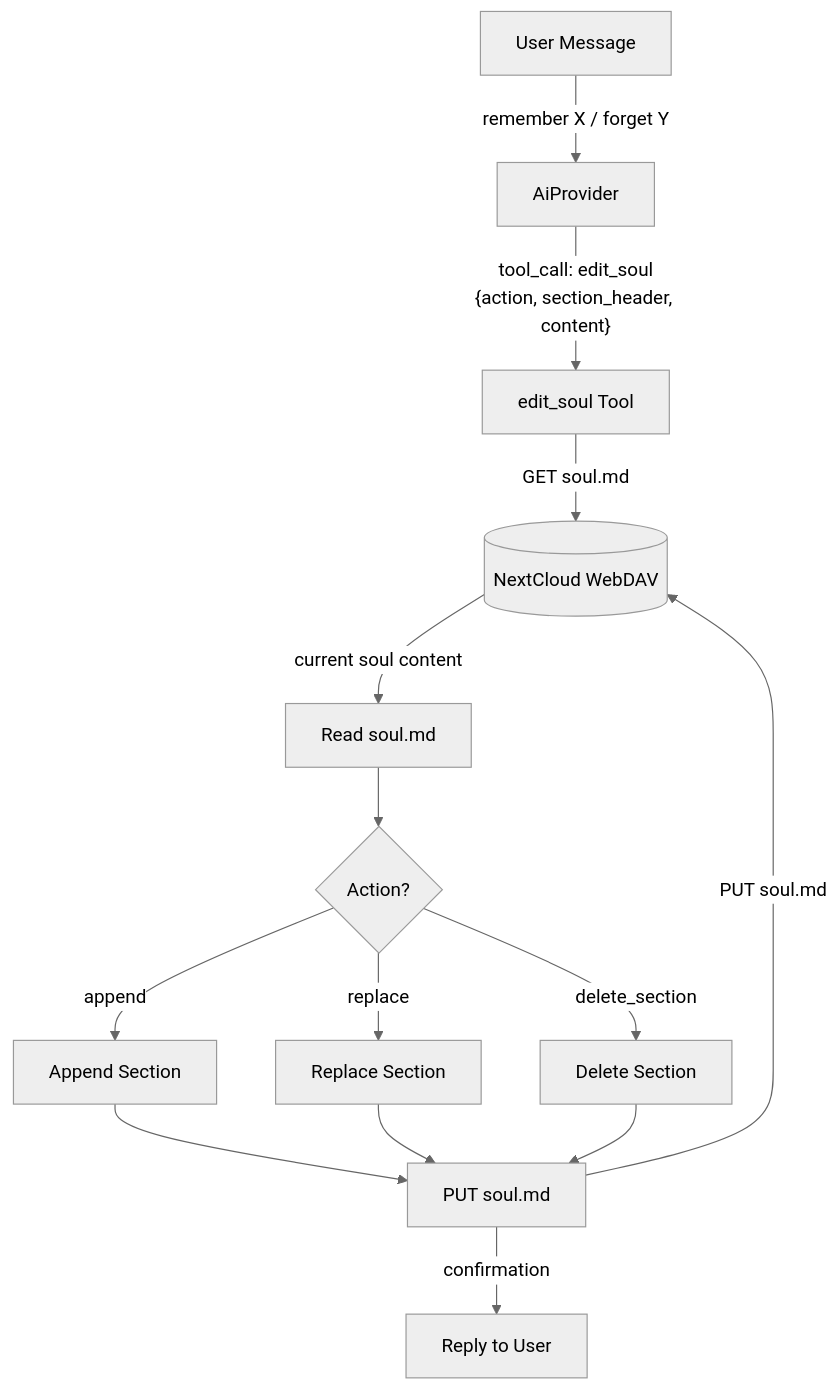
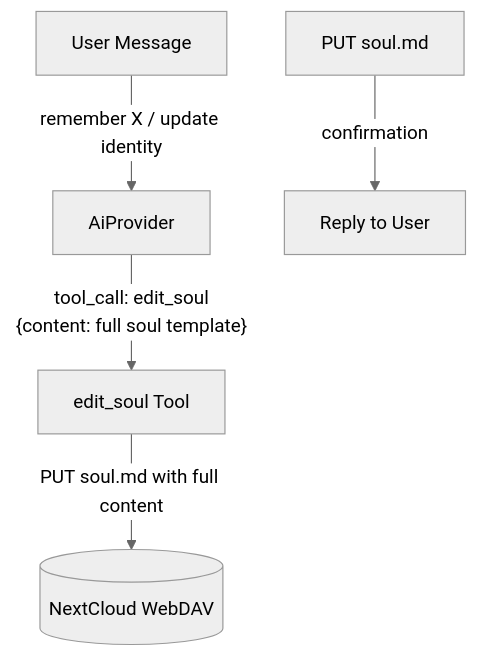
The fourth of 7 diagrams in _dfds/base/memory.md (cosmoswafer/rockbot), drawn with Mermaid (neutral theme) before and after one commit. The commit also changed other lines of this file and 13 other files, not shown here.

````diff
--- a/_dfds/base/memory.md
+++ b/_dfds/base/memory.md
@@ -165,28 +165,14 @@
 ```mermaid
 flowchart TD
     USER[User Message]
     AI[AiProvider]
     TOOL[edit_soul Tool]
     DAV[(NextCloud WebDAV)]
-    READ[Read soul.md]
-    ACTION{Action?}
-    APPEND[Append Section]
-    REPLACE[Replace Section]
-    DELETE_SEC[Delete Section]
     WRITE[PUT soul.md]
     REPLY[Reply to User]
 
-    USER -->|"remember X / forget Y"| AI
-    AI -->|"tool_call: edit_soul<br/>{action, section_header, content}"| TOOL
-    TOOL -->|"GET soul.md"| DAV
-    DAV -->|"current soul content"| READ
-    READ --> ACTION
-    ACTION -->|"append"| APPEND
-    ACTION -->|"replace"| REPLACE
-    ACTION -->|"delete_section"| DELETE_SEC
-    APPEND --> WRITE
-    REPLACE --> WRITE
-    DELETE_SEC --> WRITE
-    WRITE -->|"PUT soul.md"| DAV
+    USER -->|"remember X / update identity"| AI
+    AI -->|"tool_call: edit_soul<br/>{content: full soul template}"| TOOL
+    TOOL -->|"PUT soul.md with full content"| DAV
     WRITE -->|"confirmation"| REPLY
 ```
````
